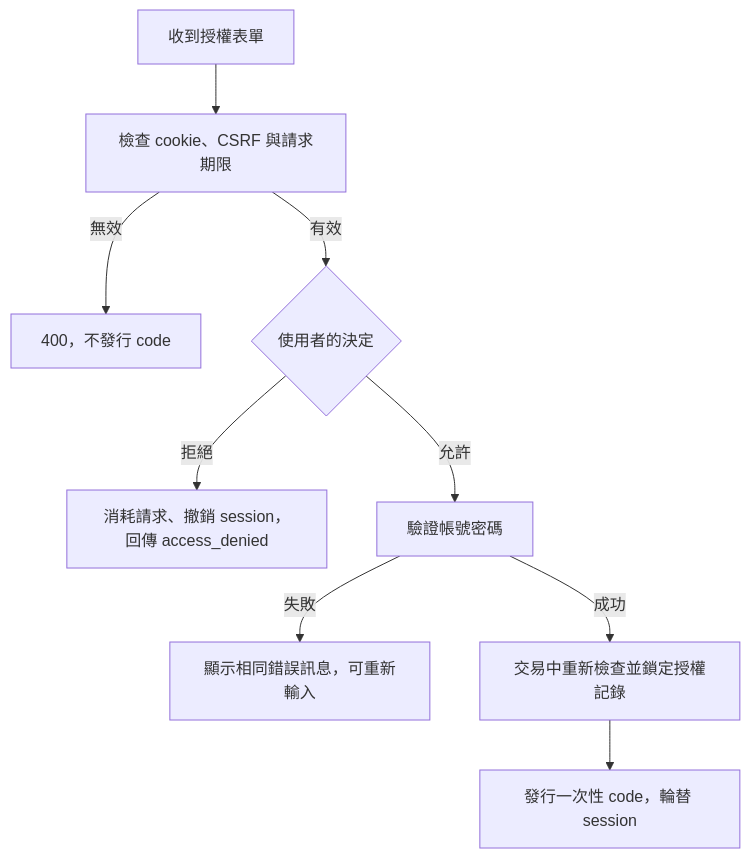
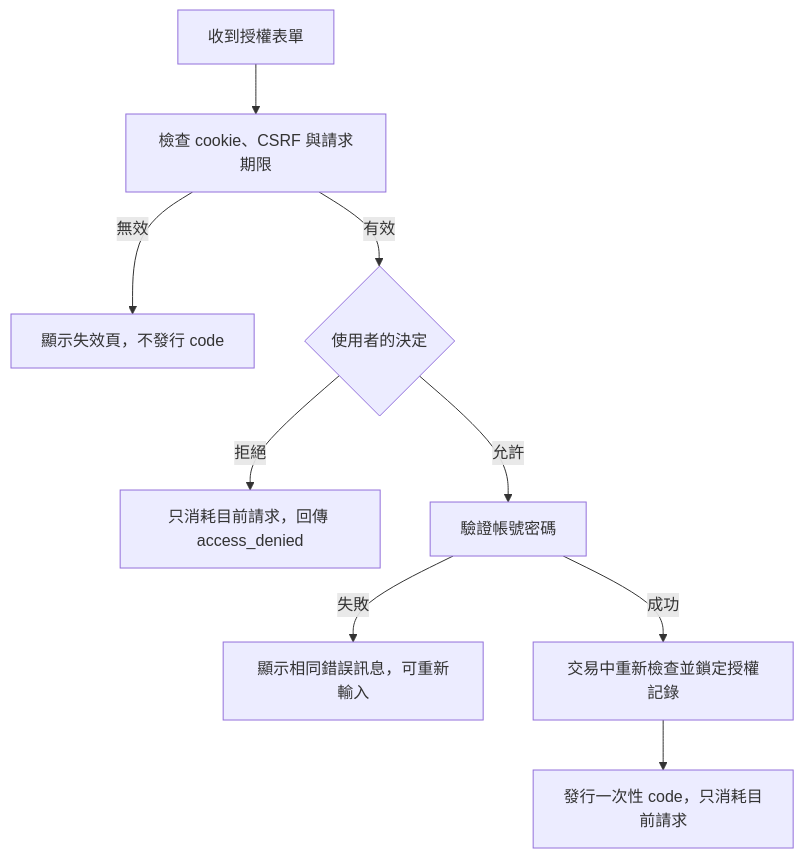
One commit to Oceankj/second_brain changed the second of 2 diagrams in docs/oauth-login.md. Above: the diagram before and after it, drawn with Mermaid. The commit also changed other lines of this file and 8 other files, not shown here.

````diff
--- a/docs/oauth-login.md
+++ b/docs/oauth-login.md
@@ -61,11 +63,11 @@
 ```mermaid
 flowchart TD
     Submit["收到授權表單"] --> Check["檢查 cookie、CSRF 與請求期限"]
-    Check -->|"無效"| Invalid["400，不發行 code"]
+    Check -->|"無效"| Invalid["顯示失效頁，不發行 code"]
     Check -->|"有效"| Decision{"使用者的決定"}
-    Decision -->|"拒絕"| Deny["消耗請求、撤銷 session，回傳 access_denied"]
+    Decision -->|"拒絕"| Deny["只消耗目前請求，回傳 access_denied"]
     Decision -->|"允許"| Login["驗證帳號密碼"]
     Login -->|"失敗"| Retry["顯示相同錯誤訊息，可重新輸入"]
     Login -->|"成功"| Transaction["交易中重新檢查並鎖定授權記錄"]
-    Transaction --> Issue["發行一次性 code，輪替 session"]
+    Transaction --> Issue["發行一次性 code，只消耗目前請求"]
 ```
````
